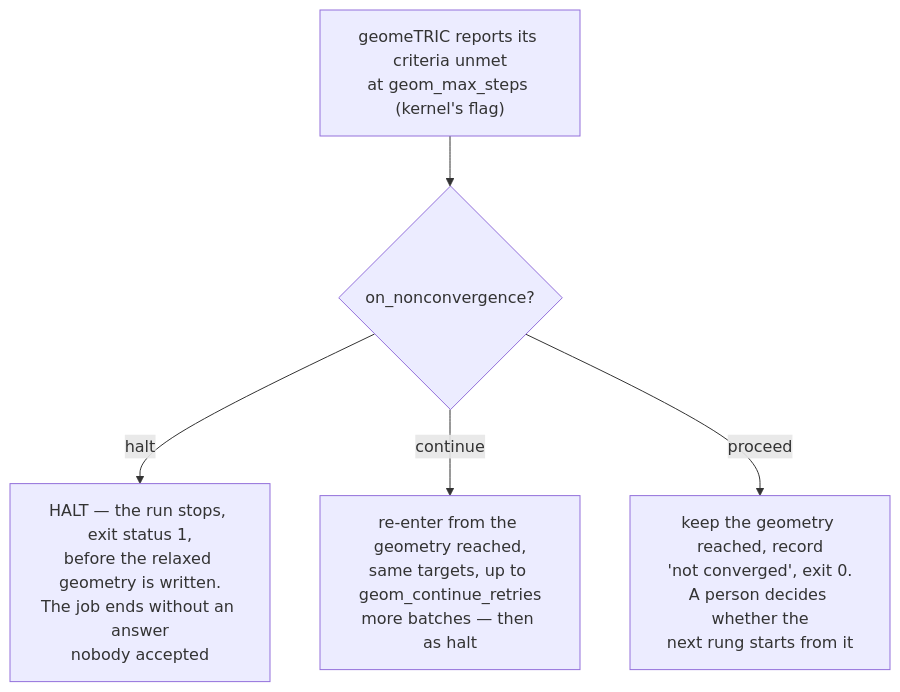
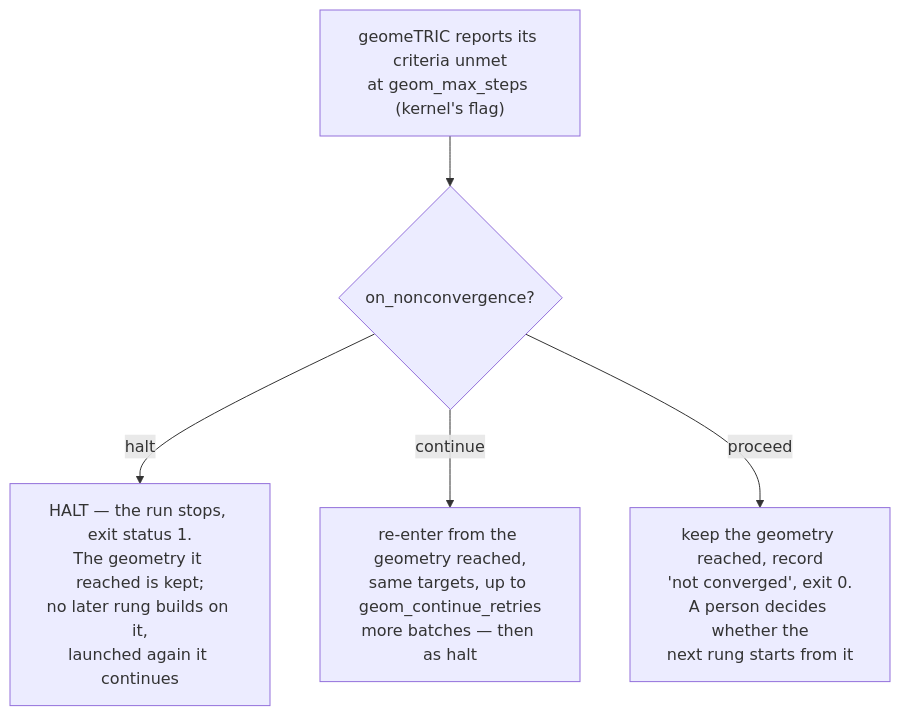
The second of 2 diagrams in docs/engines/pyscf.md (Qing-LAB/molbuilder), drawn with Mermaid before and after one commit. The commit also changed other lines of this file and 22 other files, not shown here.

````diff
--- a/docs/engines/pyscf.md
+++ b/docs/engines/pyscf.md
@@ -377,7 +383,7 @@
 ```mermaid
 flowchart TD
     ST["geomeTRIC reports its criteria unmet<br/>at geom_max_steps (kernel's flag)"] --> P{"on_nonconvergence?"}
-    P -->|halt| H["HALT — the run stops, exit status 1,<br/>before the relaxed geometry is written.<br/>The job ends without an answer<br/>nobody accepted"]
+    P -->|halt| H["HALT — the run stops, exit status 1.<br/>The geometry it reached is kept;<br/>no later rung builds on it,<br/>launched again it continues"]
     P -->|continue| C["re-enter from the geometry reached,<br/>same targets, up to geom_continue_retries<br/>more batches — then as halt"]
     P -->|proceed| PR["keep the geometry reached, record<br/>'not converged', exit 0.<br/>A person decides whether the<br/>next rung starts from it"]
 ```
````
